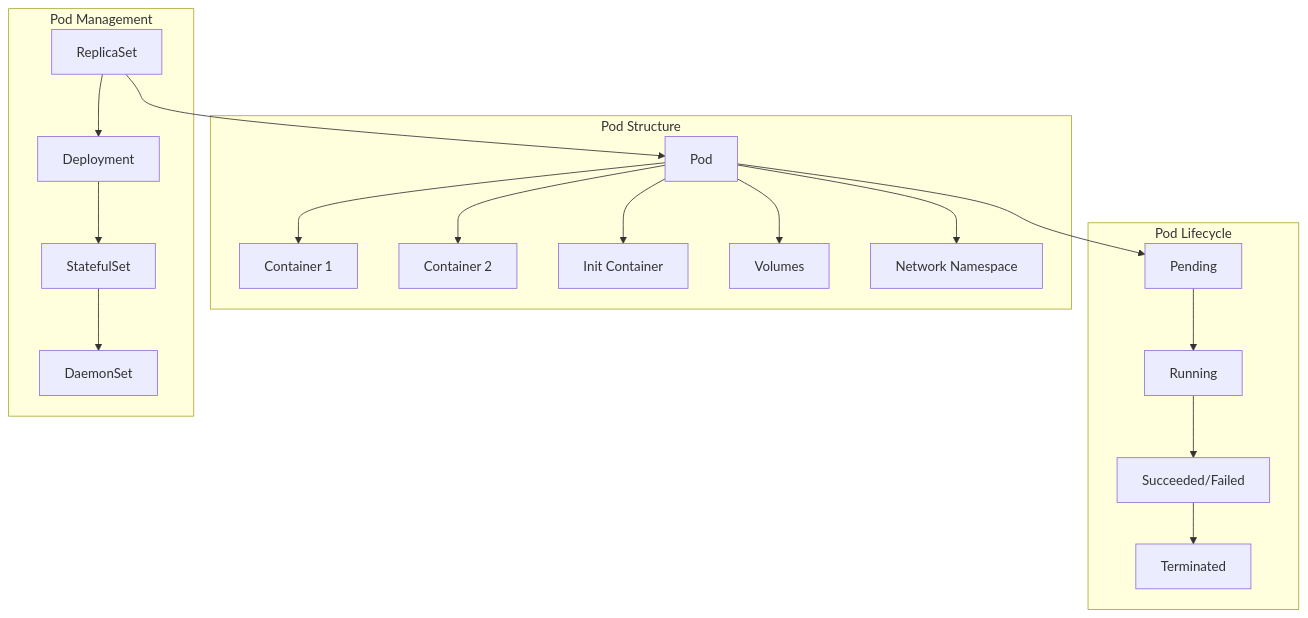
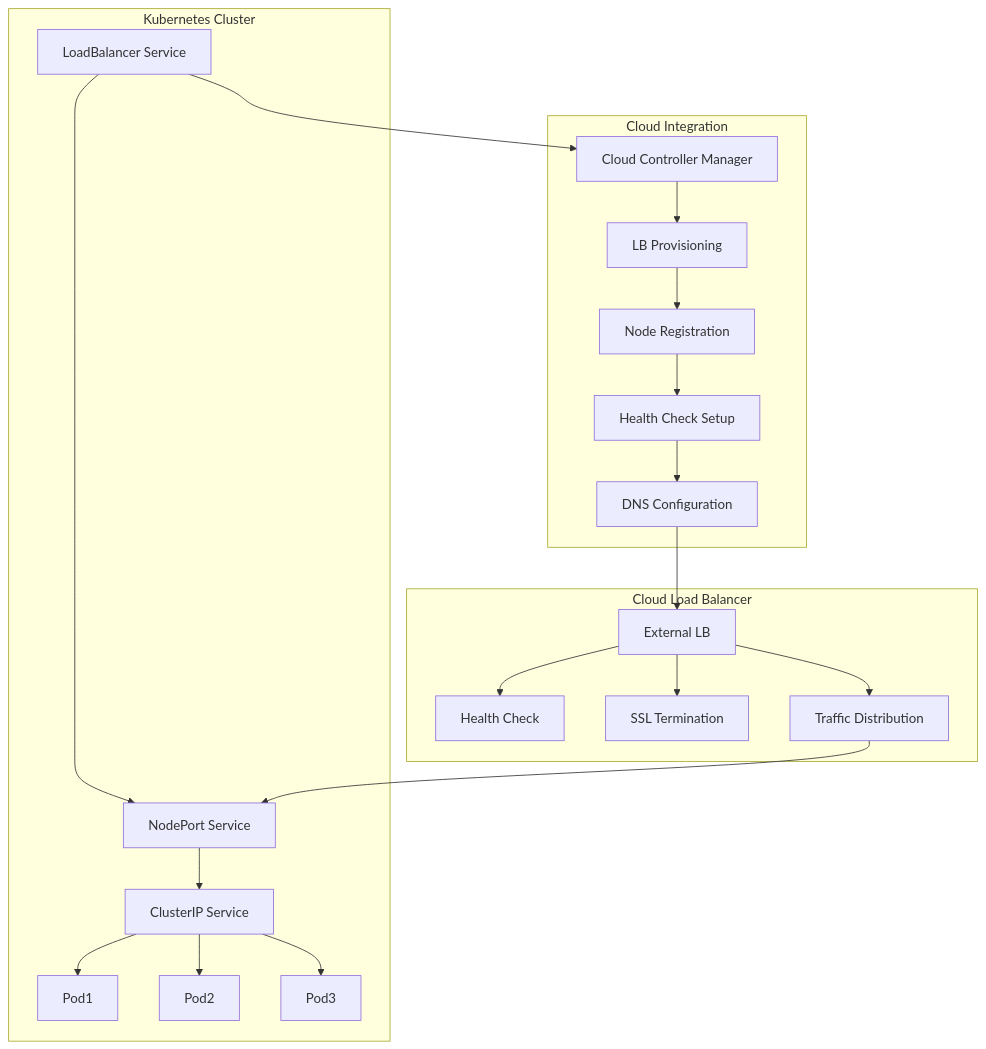
Before and after one commit to niceguy61/kdt_devops_lecture_2025: the third of 4 diagrams in week_02/day_03/session_03.md, drawn with Mermaid. The commit also changed other lines of this file and 38 other files, not shown here.

````diff
--- a/week_02/day_03/session_03.md
+++ b/week_02/day_03/session_03.md
@@ -15,25 +212,27 @@
 ```mermaid
 graph TB
-    subgraph "Pod Structure"
-        A[Pod] --> B[Container 1]
-        A --> C[Container 2]
-        A --> D[Init Container]
-        A --> E[Volumes]
-        A --> F[Network Namespace]
+    subgraph "Cloud Load Balancer"
+        A[External LB] --> B[Health Check]
+        A --> C[SSL Termination]
+        A --> D[Traffic Distribution]
     end
     
-    subgraph "Pod Lifecycle"
-        G[Pending] --> H[Running]
-        H --> I[Succeeded/Failed]
-        I --> J[Terminated]
+    subgraph "Kubernetes Cluster"
+        E[LoadBalancer Service] --> F[NodePort Service]
+        F --> G[ClusterIP Service]
+        G --> H[Pod1]
+        G --> I[Pod2]
+        G --> J[Pod3]
     end
     
-    subgraph "Pod Management"
-        K[ReplicaSet] --> L[Deployment]
-        L --> M[StatefulSet]
-        M --> N[DaemonSet]
+    subgraph "Cloud Integration"
+        K[Cloud Controller Manager] --> L[LB Provisioning]
+        L --> M[Node Registration]
+        M --> N[Health Check Setup]
+        N --> O[DNS Configuration]
     end
     
-    A --> G
-    K --> A
+    D --> F
+    E --> K
+    O --> A
 ```
````
